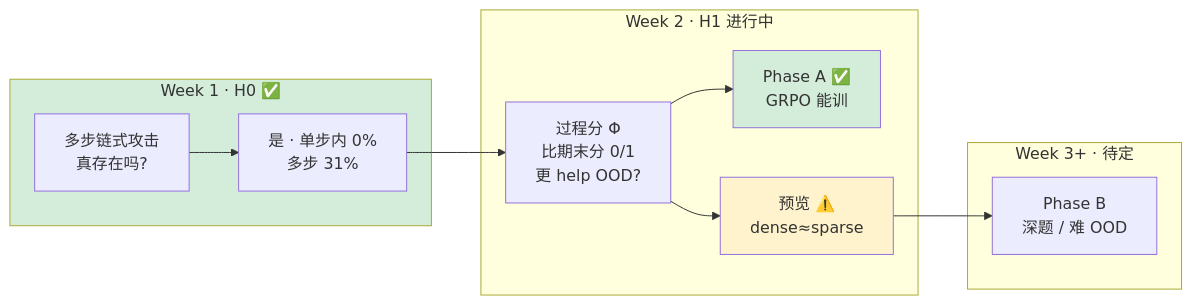
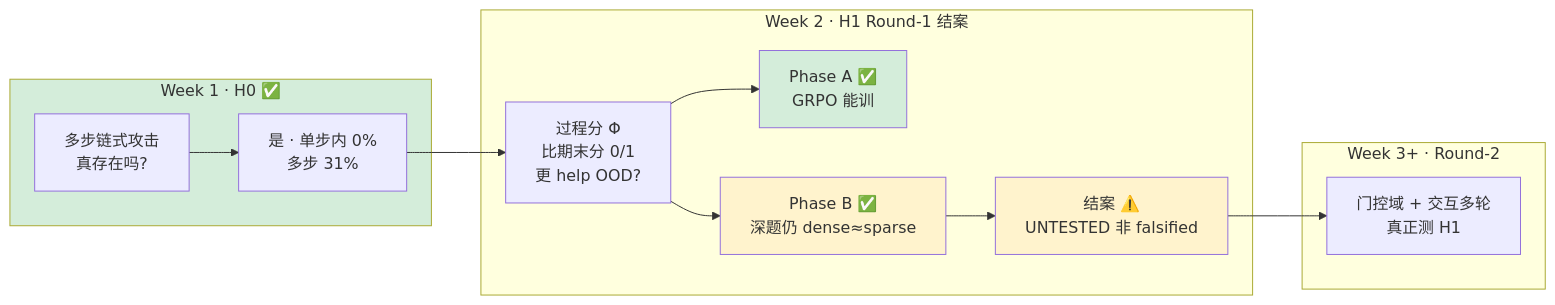
One commit to BoyuanZhu2021/research_2026 changed the third of 23 diagrams in LOGS/report_week2.md. Above: the diagram before and after it, drawn with Mermaid. The commit also changed other lines of this file, not shown here.

First line of the commit message:
Update Week 2 report with Phase B, H1 resolution, and Round-2 Stage 0.

````diff
--- a/LOGS/report_week2.md
+++ b/LOGS/report_week2.md
@@ -122,27 +438,30 @@
 ```mermaid
 flowchart LR
     subgraph W1 ["Week 1 · H0 ✅"]
         Q0["多步链式攻击<br/>真存在吗?"]
         A0["是 · 单步内 0%<br/>多步 31%"]
     end
 
-    subgraph W2 ["Week 2 · H1 进行中"]
+    subgraph W2 ["Week 2 · H1 Round-1 结案"]
         Q1["过程分 Φ<br/>比期末分 0/1<br/>更 help OOD?"]
         A1a["Phase A ✅<br/>GRPO 能训"]
-        A1b["预览 ⚠️<br/>dense≈sparse"]
+        A1b["Phase B ✅<br/>深题仍 dense≈sparse"]
+        A1c["结案 ⚠️<br/>UNTESTED 非 falsified"]
     end
 
-    subgraph W3 ["Week 3+ · 待定"]
-        PB["Phase B<br/>深题 / 难 OOD"]
+    subgraph W3 ["Week 3+ · Round-2"]
+        R2["门控域 + 交互多轮<br/>真正测 H1"]
     end
 
     Q0 --> A0
     A0 --> Q1
     Q1 --> A1a
     Q1 --> A1b
-    A1b --> PB
+    A1b --> A1c
+    A1c --> R2
 
     style W1 fill:#d4edda
     style A1a fill:#d4edda
     style A1b fill:#fff3cd
+    style A1c fill:#fff3cd
 ```
````
